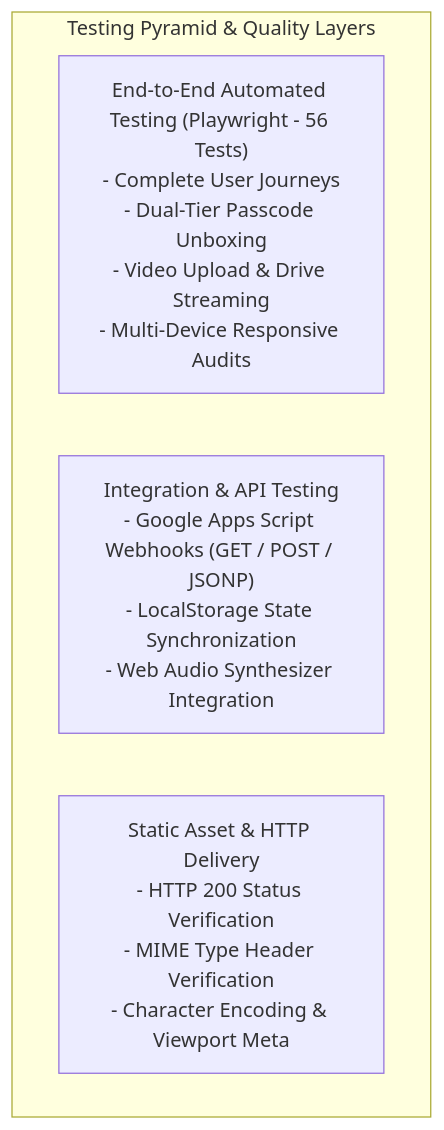
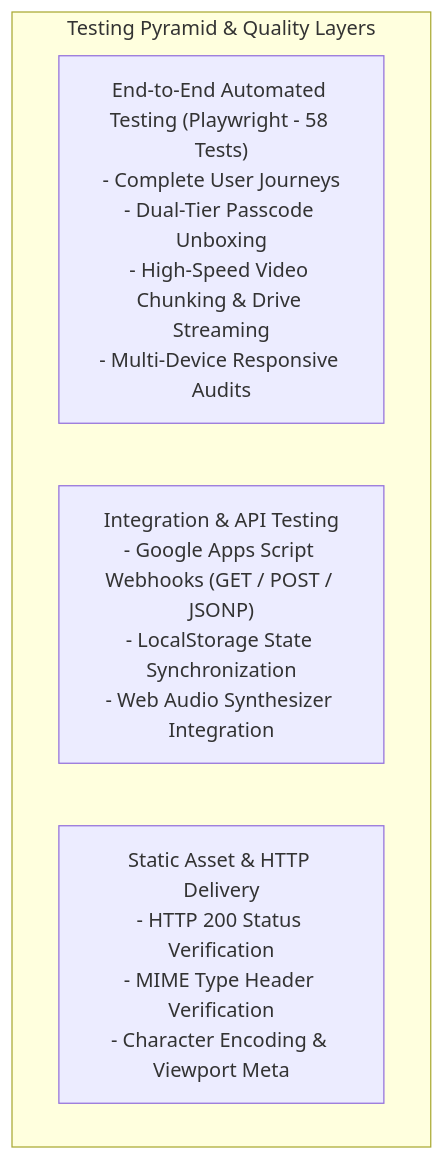
One commit to dilipk2026/happy-birthday changed the diagram in docs/testing/Test-Strategy.md. Above: the diagram before and after it, drawn with Mermaid. The commit also changed other lines of this file and 34 other files, not shown here.

````diff
--- a/docs/testing/Test-Strategy.md
+++ b/docs/testing/Test-Strategy.md
@@ -23,8 +23,8 @@
 ```mermaid
 graph TD
     subgraph Pyramid ["Testing Pyramid & Quality Layers"]
-        E2E["End-to-End Automated Testing (Playwright - 56 Tests)<br/>- Complete User Journeys<br/>- Dual-Tier Passcode Unboxing<br/>- Video Upload & Drive Streaming<br/>- Multi-Device Responsive Audits"]
+        E2E["End-to-End Automated Testing (Playwright - 58 Tests)<br/>- Complete User Journeys<br/>- Dual-Tier Passcode Unboxing<br/>- High-Speed Video Chunking & Drive Streaming<br/>- Multi-Device Responsive Audits"]
         Integration["Integration & API Testing<br/>- Google Apps Script Webhooks (GET / POST / JSONP)<br/>- LocalStorage State Synchronization<br/>- Web Audio Synthesizer Integration"]
         Static["Static Asset & HTTP Delivery<br/>- HTTP 200 Status Verification<br/>- MIME Type Header Verification<br/>- Character Encoding & Viewport Meta"]
     end
 ```
````
